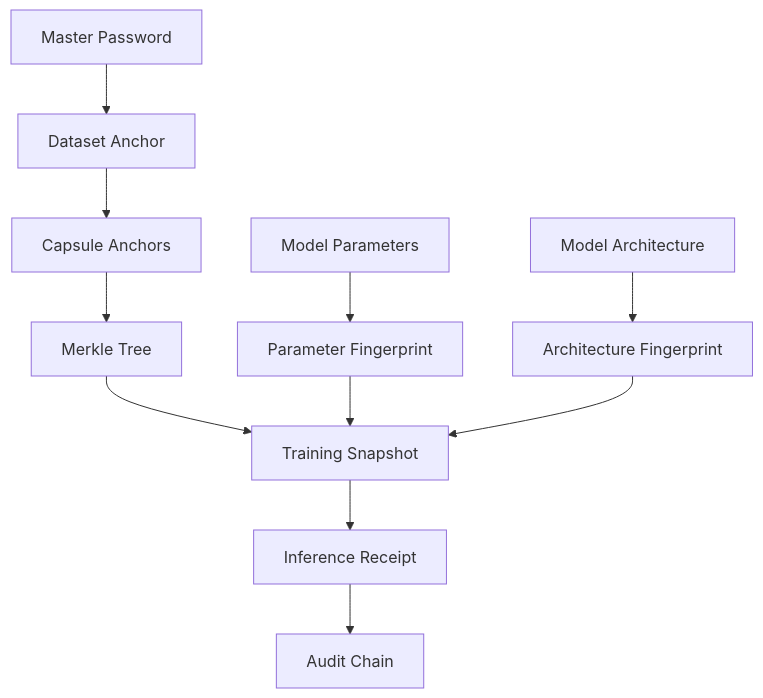
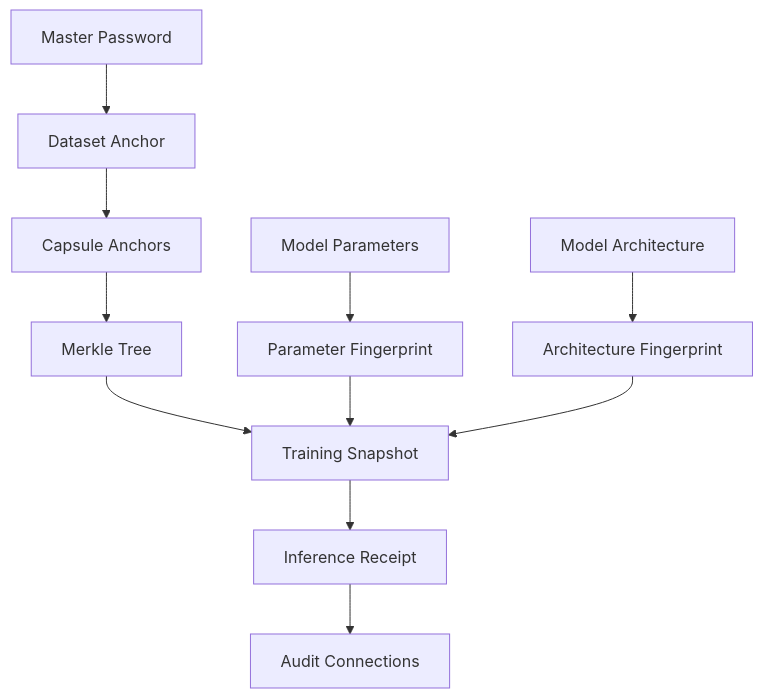
One commit to DenzilGreenwood/pyciaf changed the diagram in docs/index.md. Above: the diagram before and after it, drawn with Mermaid. The commit also changed other lines of this file and 110 other files, not shown here.

````diff
--- a/docs/index.md
+++ b/docs/index.md
@@ -25,16 +25,16 @@
 ```mermaid
 graph TB
     A[Master Password] --> B[Dataset Anchor]
     B --> C[Capsule Anchors]
     C --> D[Merkle Tree]
     
     E[Model Parameters] --> F[Parameter Fingerprint]
     G[Model Architecture] --> H[Architecture Fingerprint]
     
     D --> I[Training Snapshot]
     F --> I
     H --> I
     
     I --> J[Inference Receipt]
-    J --> K[Audit Chain]
+    J --> K[Audit Connections]
 ```
````
